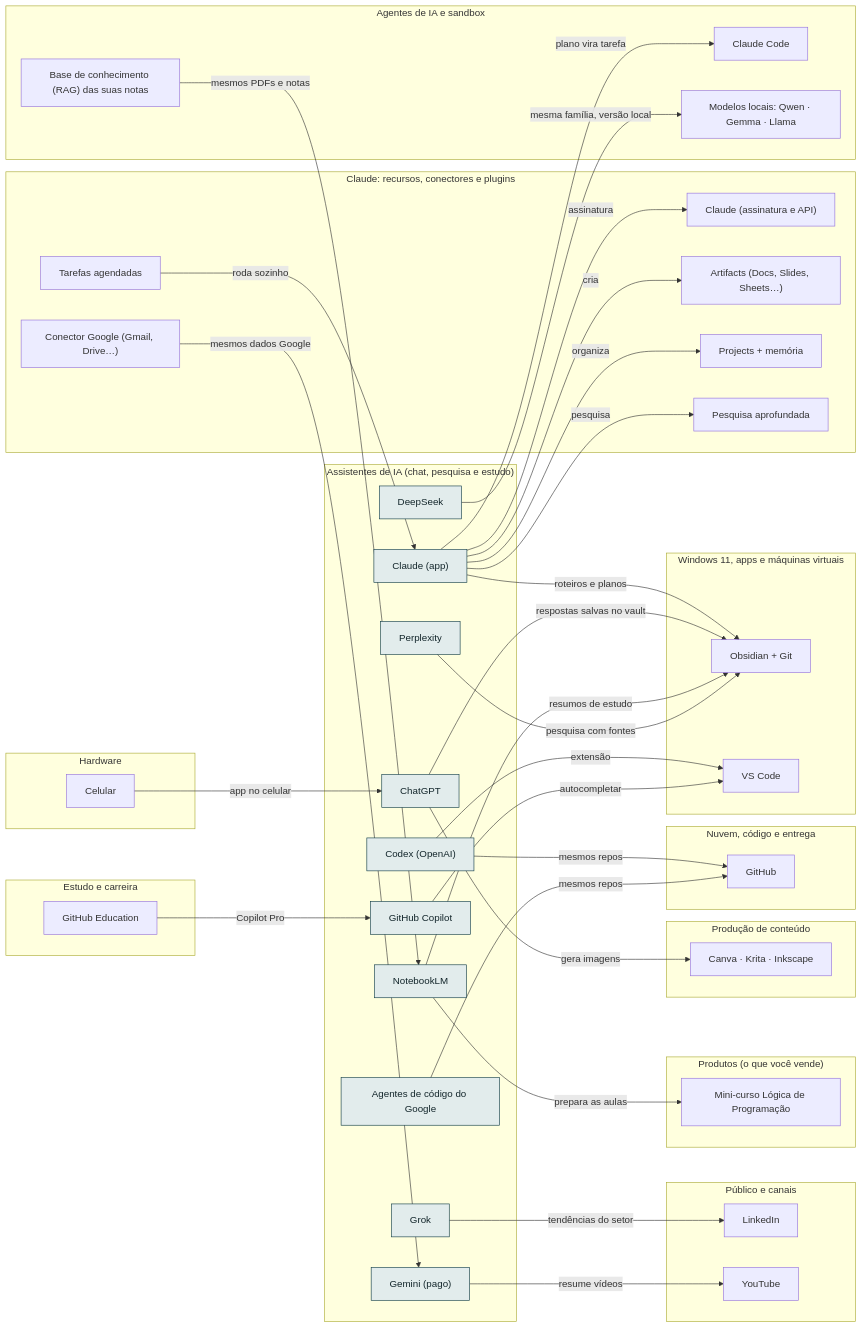
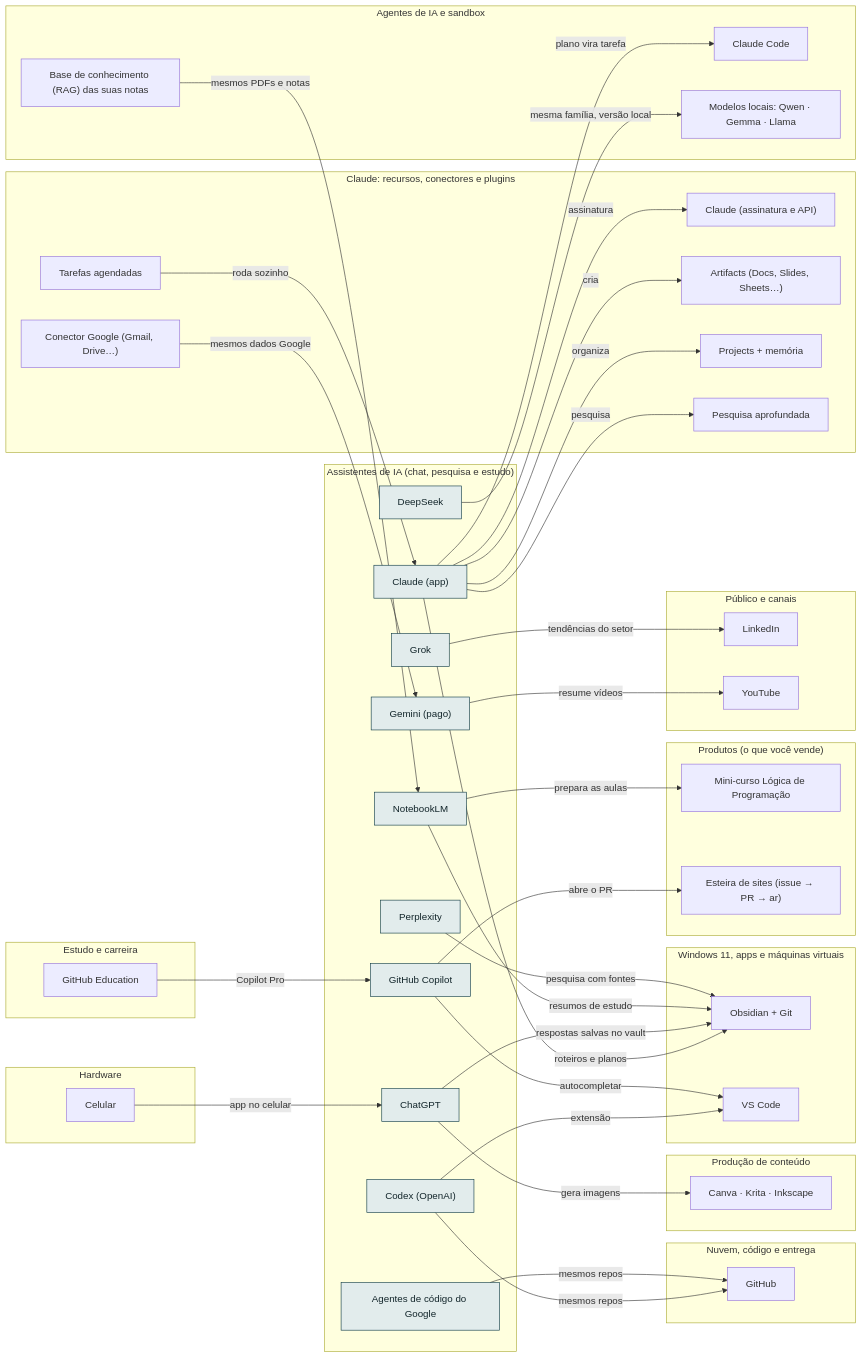
Before and after one commit to AlanMateus17/dev-setup: the diagram in docs/camadas/07-chat.md, drawn with Mermaid. The commit also changed other lines of this file and 48 other files, not shown here.

First line of the commit message:
feat!: v2.0 — roteador de agentes, auditoria de recursos e esteira de sites

````diff
--- a/docs/camadas/07-chat.md
+++ b/docs/camadas/07-chat.md
@@ -14,76 +14,78 @@
 ```mermaid
 flowchart LR
   subgraph L_chat["Assistentes de IA (chat, pesquisa e estudo)"]
     n_capp2["Claude (app)"]
     n_gpt["ChatGPT"]
     n_gem["Gemini (pago)"]
     n_nblm["NotebookLM"]
     n_grok["Grok"]
     n_ds["DeepSeek"]
     n_codex["Codex (OpenAI)"]
     n_gcode["Agentes de código do Google"]
     n_perp["Perplexity"]
     n_copi["GitHub Copilot"]
   end
   subgraph L_pub["Público e canais"]
     n_li["LinkedIn"]
     n_yt["YouTube"]
   end
   subgraph L_prod["Produtos (o que você vende)"]
     n_curso["Mini-curso Lógica de Programação"]
+    n_esteira["Esteira de sites (issue → PR → ar)"]
   end
   subgraph L_est["Estudo e carreira"]
     n_ghed["GitHub Education"]
   end
   subgraph L_cont["Produção de conteúdo"]
     n_img["Canva · Krita · Inkscape"]
   end
   subgraph L_nuvem["Nuvem, código e entrega"]
     n_gh["GitHub"]
   end
   subgraph L_clc["Claude: recursos, conectores e plugins"]
     n_anth["Claude (assinatura e API)"]
     n_arts["Artifacts (Docs, Slides, Sheets…)"]
     n_cgws["Conector Google (Gmail, Drive…)"]
     n_proj["Projects + memória"]
     n_resq["Pesquisa aprofundada"]
     n_sched["Tarefas agendadas"]
   end
   subgraph L_ia["Agentes de IA e sandbox"]
     n_cc["Claude Code"]
     n_lmods["Modelos locais: Qwen · Gemma · Llama"]
     n_rag["Base de conhecimento (RAG) das suas notas"]
   end
   subgraph L_win["Windows 11, apps e máquinas virtuais"]
     n_obsd["Obsidian + Git"]
     n_vsc["VS Code"]
   end
   subgraph L_hw["Hardware"]
     n_cel["Celular"]
   end
   n_capp2 -->|"assinatura"| n_anth
   n_capp2 -->|"roteiros e planos"| n_obsd
   n_capp2 -->|"plano vira tarefa"| n_cc
   n_capp2 -->|"organiza"| n_proj
   n_capp2 -->|"cria"| n_arts
   n_capp2 -->|"pesquisa"| n_resq
   n_sched -->|"roda sozinho"| n_capp2
   n_gpt -->|"respostas salvas no vault"| n_obsd
   n_gpt -->|"gera imagens"| n_img
   n_cel -->|"app no celular"| n_gpt
   n_gem -->|"resume vídeos"| n_yt
   n_cgws -->|"mesmos dados Google"| n_gem
   n_nblm -->|"resumos de estudo"| n_obsd
   n_nblm -->|"prepara as aulas"| n_curso
   n_rag -->|"mesmos PDFs e notas"| n_nblm
   n_grok -->|"tendências do setor"| n_li
   n_ds -->|"mesma família, versão local"| n_lmods
   n_codex -->|"mesmos repos"| n_gh
   n_codex -->|"extensão"| n_vsc
   n_gcode -->|"mesmos repos"| n_gh
   n_perp -->|"pesquisa com fontes"| n_obsd
   n_copi -->|"autocompletar"| n_vsc
+  n_copi -->|"abre o PR"| n_esteira
   n_ghed -->|"Copilot Pro"| n_copi
   classDef desta fill:#e2ecec,stroke:#0e3a45,color:#13262b
   class n_capp2,n_gpt,n_gem,n_nblm,n_grok,n_ds,n_codex,n_gcode,n_perp,n_copi desta
 ```
````
